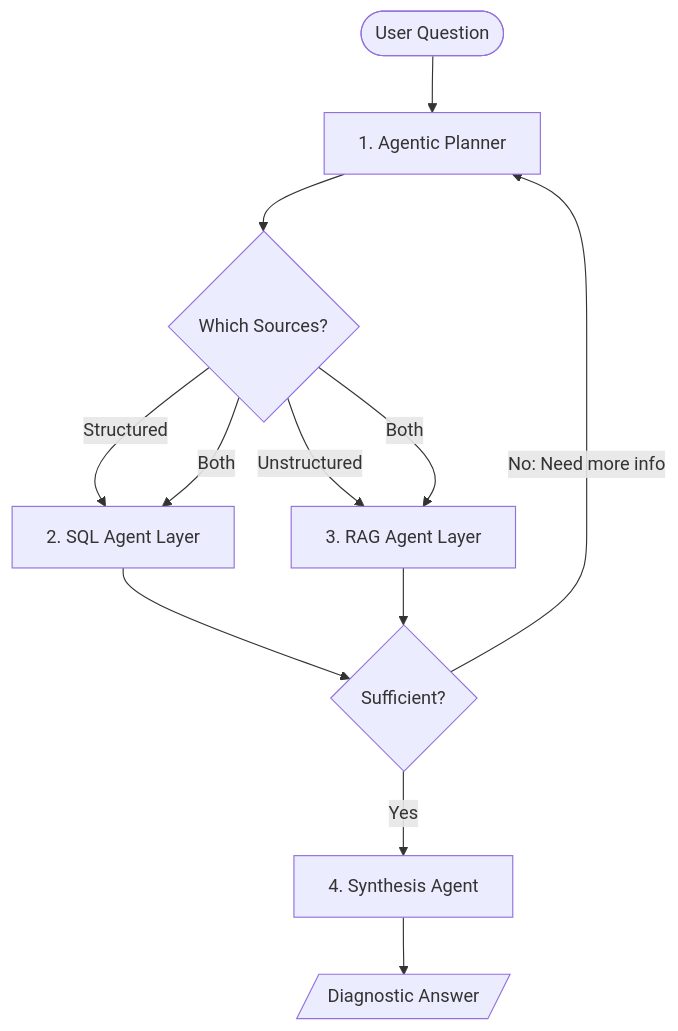
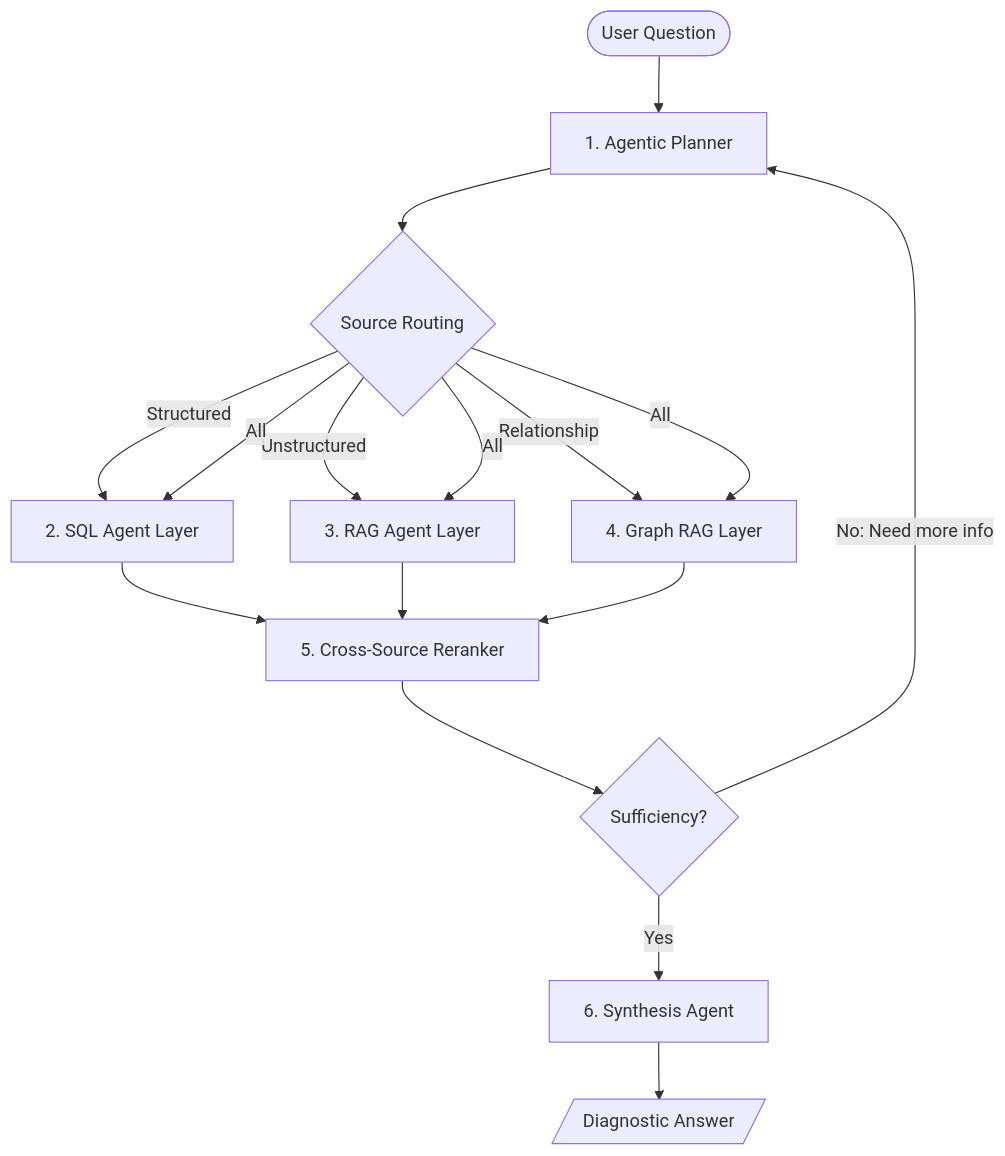
Before and after one commit to joanmarcriera/Home-office-automations: the diagram in docs/knowledge_base/patterns/data-copilot-agentic-rag.md, drawn with Mermaid. The commit also changed other lines of this file and 8 other files, not shown here.

````diff
--- a/docs/knowledge_base/patterns/data-copilot-agentic-rag.md
+++ b/docs/knowledge_base/patterns/data-copilot-agentic-rag.md
@@ -32,17 +33,21 @@
 ```mermaid
 flowchart TD
     User([User Question]) --> Planner[1. Agentic Planner]
-    Planner --> SourceCheck{Which Sources?}
+    Planner --> SourceCheck{Source Routing}
 
     SourceCheck -- Structured --> SQLAgent[2. SQL Agent Layer]
     SourceCheck -- Unstructured --> RAGAgent[3. RAG Agent Layer]
-    SourceCheck -- Both --> SQLAgent & RAGAgent
+    SourceCheck -- Relationship --> GraphAgent[4. Graph RAG Layer]
+    SourceCheck -- All --> SQLAgent & RAGAgent & GraphAgent
 
-    SQLAgent --> RetrievalCheck{Sufficient?}
-    RAGAgent --> RetrievalCheck
+    SQLAgent --> Rerank[5. Cross-Source Reranker]
+    RAGAgent --> Rerank
+    GraphAgent --> Rerank
+
+    Rerank --> RetrievalCheck{Sufficiency?}
 
     RetrievalCheck -- No: Need more info --> Planner
-    RetrievalCheck -- Yes --> Synthesis[4. Synthesis Agent]
+    RetrievalCheck -- Yes --> Synthesis[6. Synthesis Agent]
 
     Synthesis --> Output[/Diagnostic Answer/]
 ```
````
